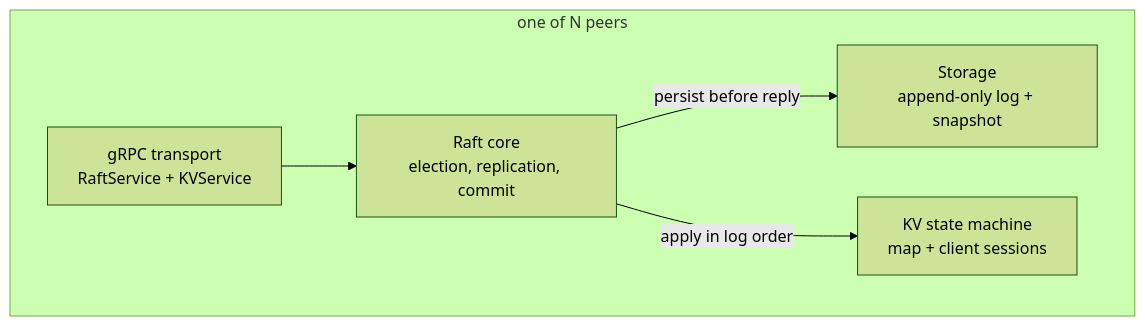
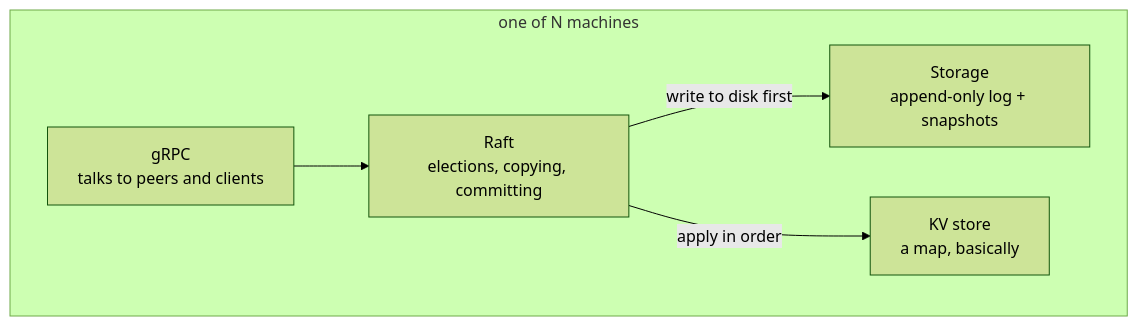
The second of 2 diagrams in DESIGN.md (Krithik-sri/raft-kv), drawn with Mermaid (forest theme) before and after one commit. The commit also changed other lines of this file and 3 other files, not shown here.

````diff
--- a/DESIGN.md
+++ b/DESIGN.md
@@ -26,12 +29,12 @@
 ```mermaid
 flowchart TB
-    subgraph Node["one of N peers"]
-        RPC["gRPC transport<br/>RaftService + KVService"]
-        Raft["Raft core<br/>election, replication, commit"]
-        Store["Storage<br/>append-only log + snapshot"]
-        SM["KV state machine<br/>map + client sessions"]
+    subgraph Node["one of N machines"]
+        RPC["gRPC<br/>talks to peers and clients"]
+        Raft["Raft<br/>elections, copying, committing"]
+        Store["Storage<br/>append-only log + snapshots"]
+        SM["KV store<br/>a map, basically"]
     end
     RPC --> Raft
-    Raft -->|"persist before reply"| Store
-    Raft -->|"apply in log order"| SM
+    Raft -->|"write to disk first"| Store
+    Raft -->|"apply in order"| SM
 ```
````
